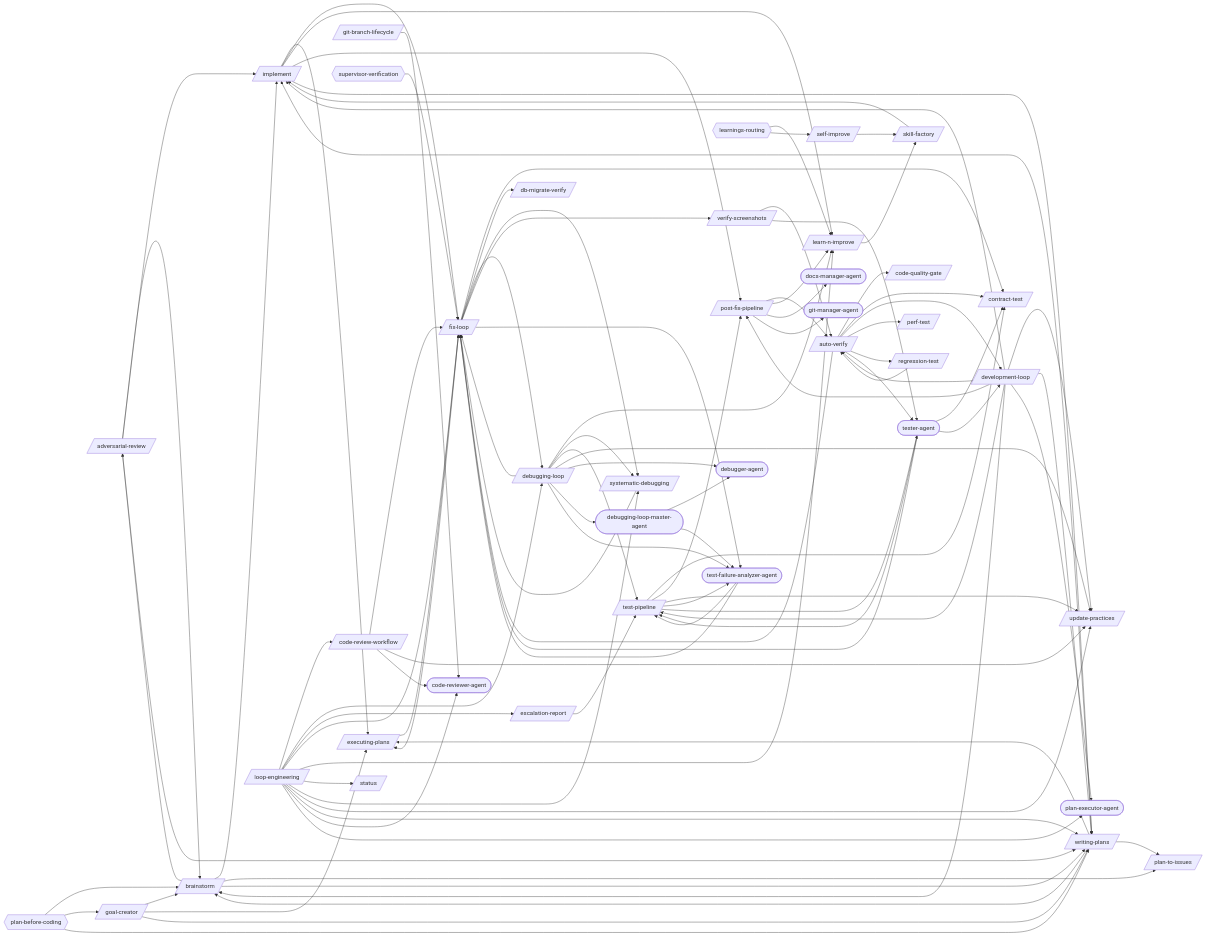
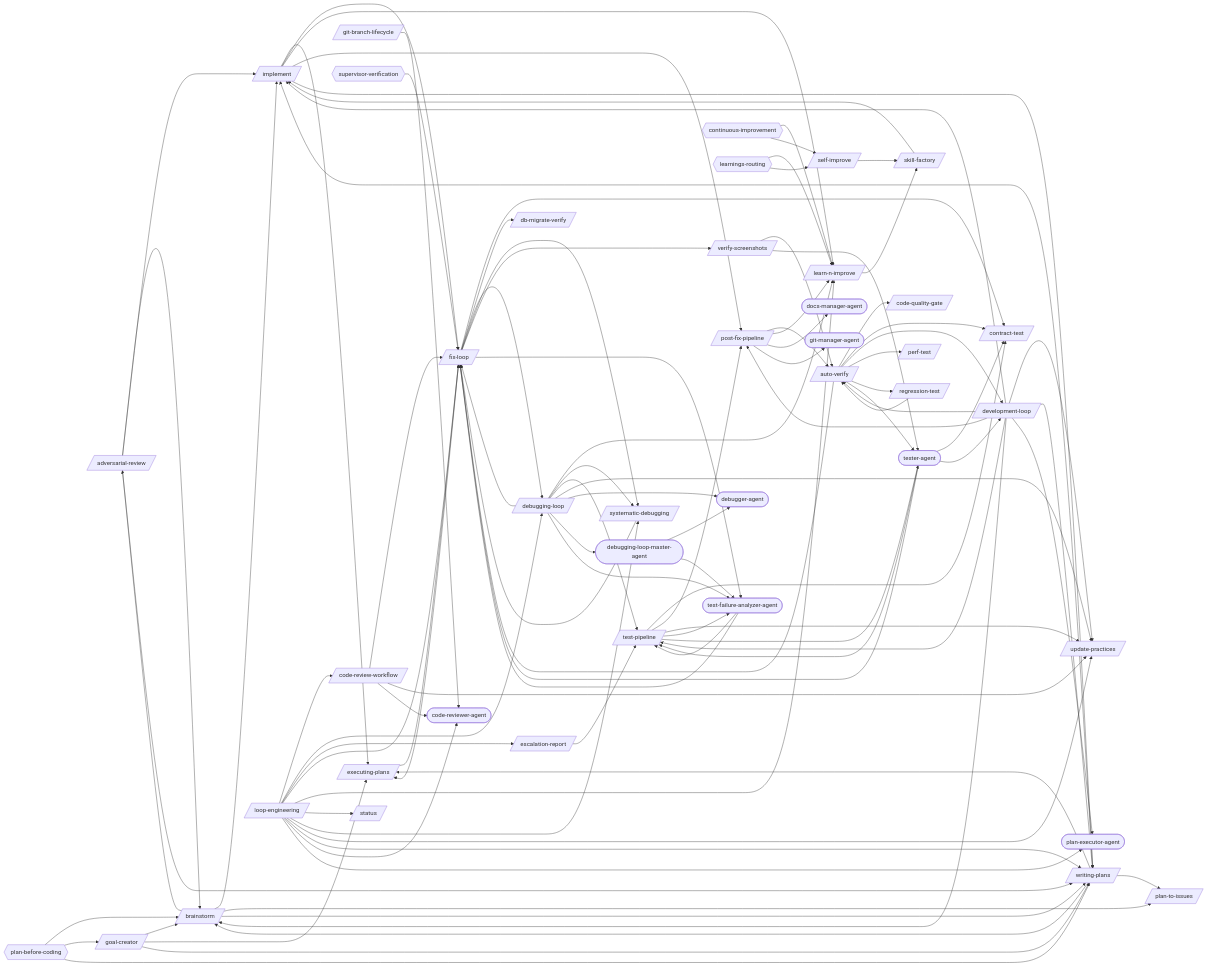
Before and after one commit to abhayla/claude-best-practices: the first of 30 diagrams in docs/workflows/loop-engineering.md, drawn with Mermaid. The commit also changed other lines of this file and 32 other files, not shown here.

```diff
--- a/docs/workflows/loop-engineering.md
+++ b/docs/workflows/loop-engineering.md
@@ -45,6 +45,7 @@
     plan_executor_agent([plan-executor-agent])
     test_failure_analyzer_agent([test-failure-analyzer-agent])
     tester_agent([tester-agent])
+    continuous_improvement{{continuous-improvement}}
     learnings_routing{{learnings-routing}}
     plan_before_coding{{plan-before-coding}}
     supervisor_verification{{supervisor-verification}}
@@ -138,6 +139,8 @@
     tester_agent --> development_loop
     tester_agent --> fix_loop
     tester_agent --> test_pipeline
+    continuous_improvement --> learn_n_improve
+    continuous_improvement --> self_improve
     learnings_routing --> learn_n_improve
     learnings_routing --> self_improve
     plan_before_coding --> brainstorm
```
